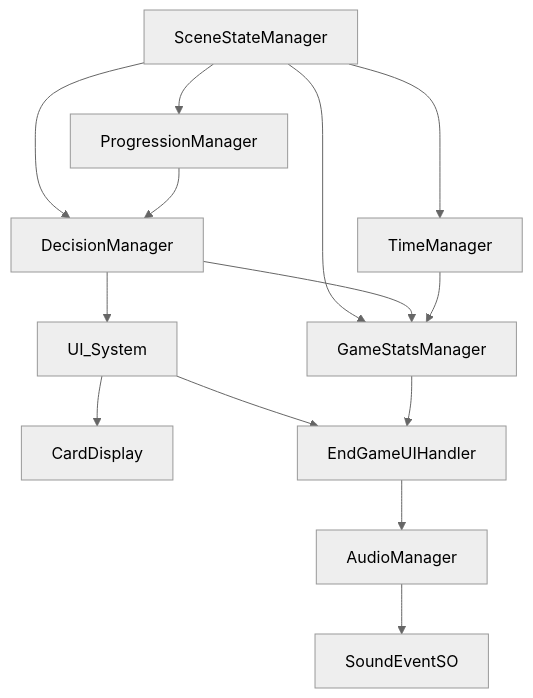
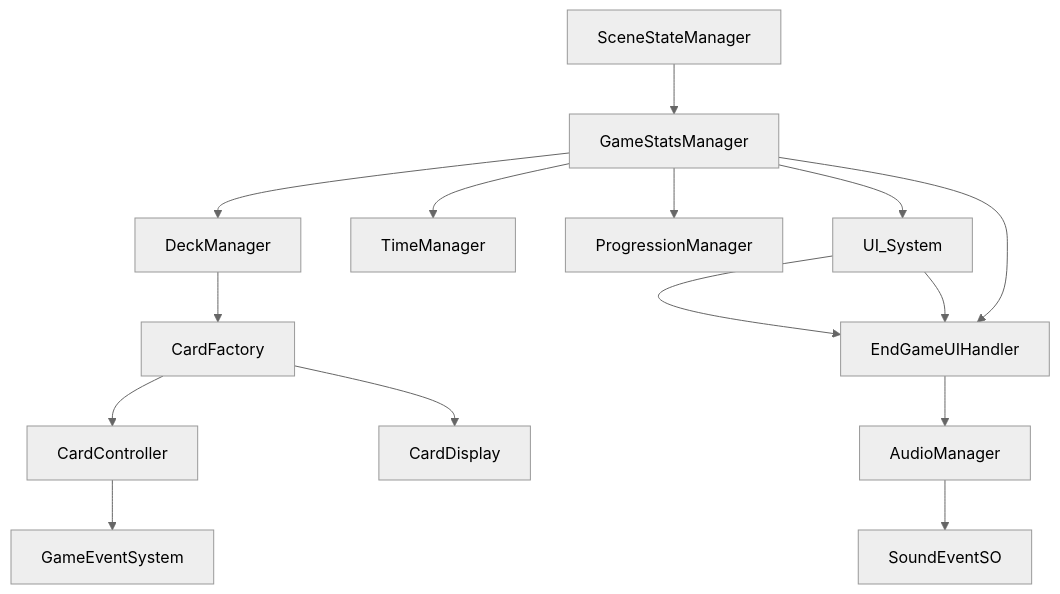
Before and after one commit to Melpermo/big-school-mdai-tfm: the second of 2 diagrams in README.md, drawn with Mermaid (neutral theme). The commit also changed other lines of this file, not shown here.

````diff
--- a/README.md
+++ b/README.md
@@ -104,24 +162,25 @@
 ```mermaid
 flowchart TD
 
-SceneStateManager --> DecisionManager
-SceneStateManager --> ProgressionManager
-SceneStateManager --> TimeManager
 SceneStateManager --> GameStatsManager
+GameStatsManager --> DeckManager
 
-DecisionManager --> GameStatsManager
-DecisionManager --> UI_System
+GameStatsManager --> TimeManager
+GameStatsManager --> ProgressionManager
+GameStatsManager --> UI_System
 
-ProgressionManager --> DecisionManager
+DeckManager --> CardFactory
+CardFactory --> CardController
+CardFactory --> CardDisplay
 
-TimeManager --> GameStatsManager
+CardController --> GameEventSystem
 
-UI_System --> CardDisplay
+UI_System --> EndGameUIHandler
 UI_System --> EndGameUIHandler
 
 EndGameUIHandler --> AudioManager
 
 AudioManager --> SoundEventSO
 
 GameStatsManager --> EndGameUIHandler
 ```
````
